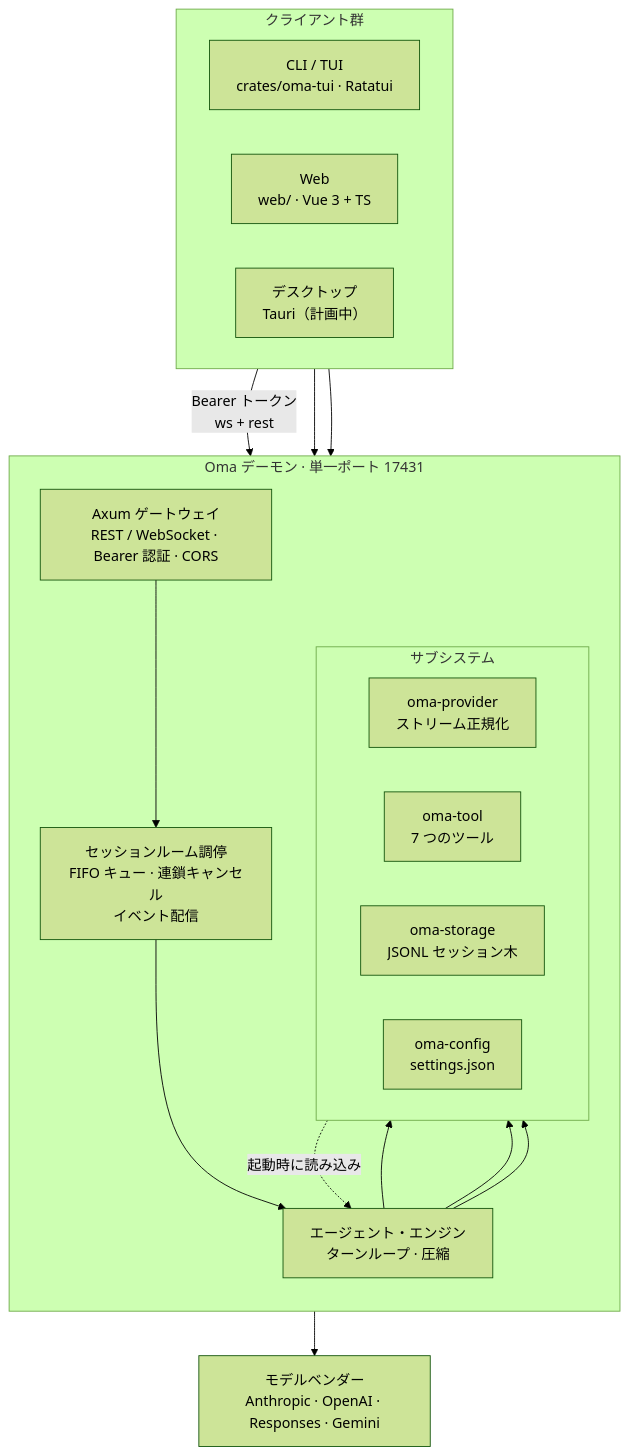
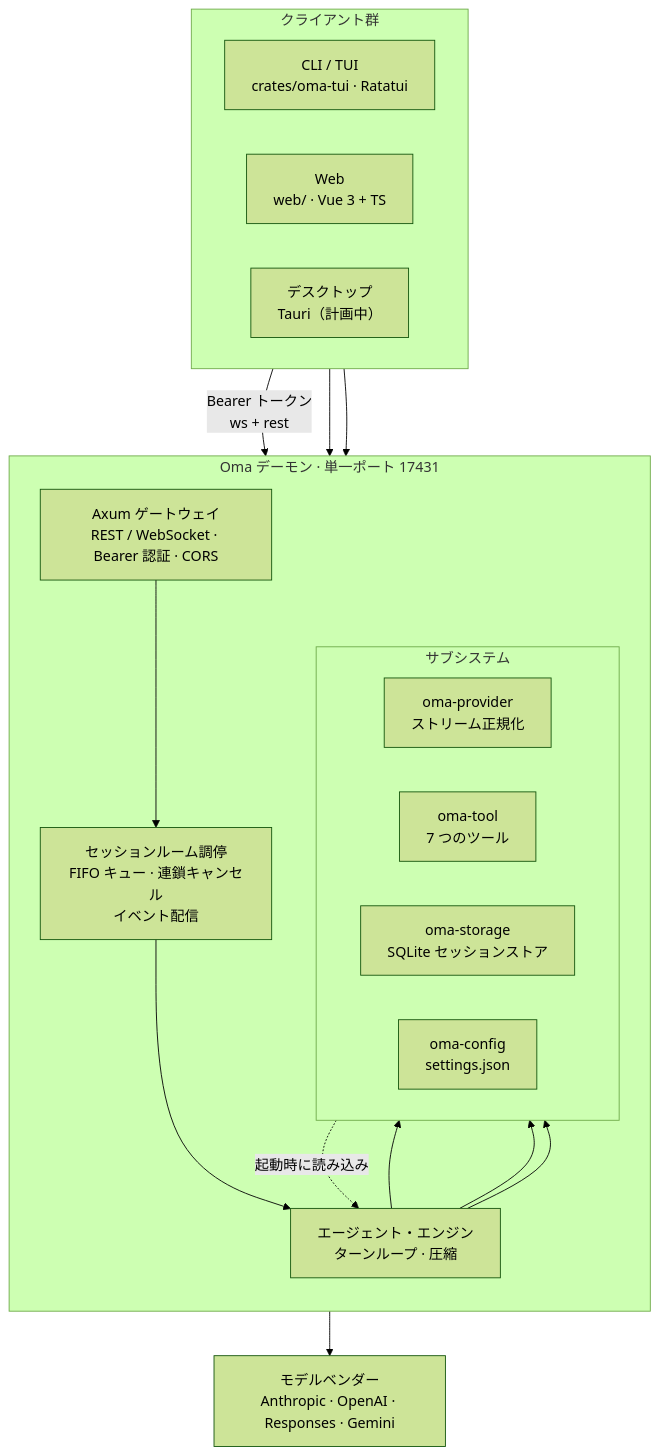
One commit to waittide/oma changed the diagram in README.ja.md. Above: the diagram before and after it, drawn with Mermaid (forest theme). The commit also changed other lines of this file and 3 other files, not shown here.

````diff
--- a/README.ja.md
+++ b/README.ja.md
@@ -102,34 +102,34 @@
 ```mermaid
 flowchart TB
     subgraph Clients["クライアント群"]
         direction LR
         TUI["CLI / TUI<br/>crates/oma-tui · Ratatui"]
         WEB["Web<br/>web/ · Vue 3 + TS"]
         DESK["デスクトップ<br/>Tauri（計画中）"]
     end
 
     subgraph Daemon["Oma デーモン · 単一ポート 17431"]
         direction TB
         GW["Axum ゲートウェイ<br/>REST / WebSocket · Bearer 認証 · CORS"]
         ROOM["セッションルーム調停<br/>FIFO キュー · 連鎖キャンセル<br/>イベント配信"]
         ENGINE["エージェント・エンジン<br/>ターンループ · 圧縮"]
         subgraph Sub["サブシステム"]
             direction LR
             PROV["oma-provider<br/>ストリーム正規化"]
             TOOL["oma-tool<br/>7 つのツール"]
-            STORE["oma-storage<br/>JSONL セッション木"]
+            STORE["oma-storage<br/>SQLite セッションストア"]
             CONF["oma-config<br/>settings.json"]
         end
     end
 
     VENDORS["モデルベンダー<br/>Anthropic · OpenAI · Responses · Gemini"]
 
     TUI -->|"Bearer トークン<br/>ws + rest"| GW
     WEB --> GW
     DESK --> GW
     GW --> ROOM --> ENGINE
     ENGINE --> PROV --> VENDORS
     ENGINE --> TOOL
     ENGINE --> STORE
     CONF -.->|"起動時に読み込み"| ENGINE
 ```
````
